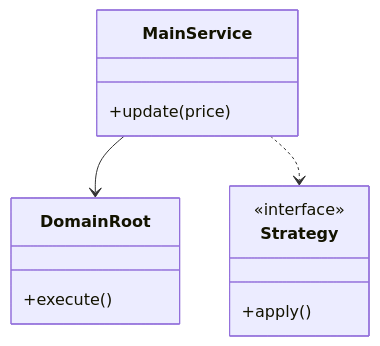
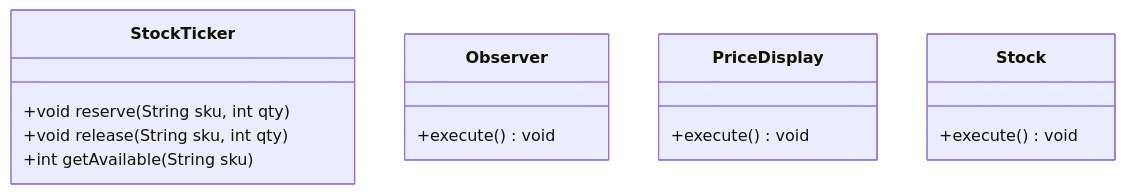
The first of 3 diagrams in Learn/System Design - Low Level Design/03-design-patterns/questions/Q13-observer-stock-ticker.md (madhupaila/Interview-Prep-SSE), drawn with Mermaid before and after one commit. The commit also changed other lines of this file and 491 other files, not shown here.

````diff
--- a/Learn/System Design - Low Level Design/03-design-patterns/questions/Q13-observer-stock-ticker.md
+++ b/Learn/System Design - Low Level Design/03-design-patterns/questions/Q13-observer-stock-ticker.md
@@ -73,15 +88,17 @@
 ```mermaid
 classDiagram
-    class MainService {
-        +update(price)
+    class StockTicker {
+        +void reserve(String sku, int qty)
+        +void release(String sku, int qty)
+        +int getAvailable(String sku)
     }
-    class DomainRoot {
-        +execute()
+    class Observer {
+        +execute() void
     }
-    class Strategy {
-        <<interface>>
-        +apply()
+    class PriceDisplay {
+        +execute() void
     }
-    MainService --> DomainRoot
-    MainService ..> Strategy
+    class Stock {
+        +execute() void
+    }
 ```
````
